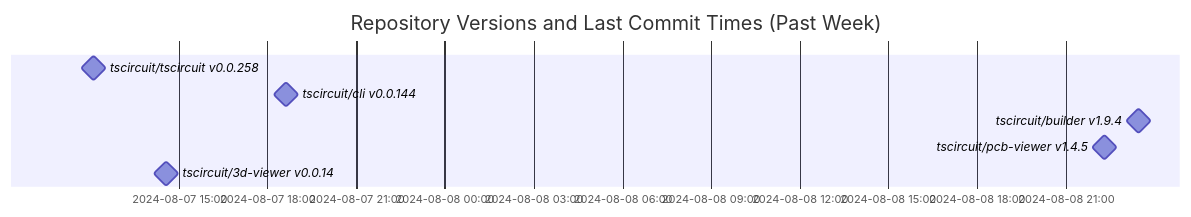
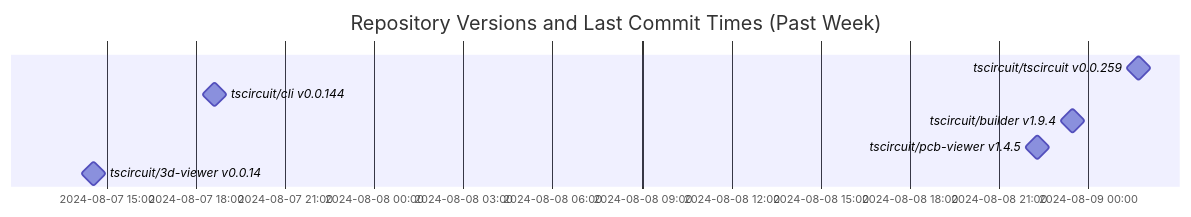
Before and after one commit to tscircuit/version-tracker: the diagram in README.md, drawn with Mermaid.

Commit message:
Update chart

````diff
--- a/README.md
+++ b/README.md
@@ -1,12 +1,12 @@
 ```mermaid
 gantt
   dateFormat  YYYY-MM-DD HH:mm:ss
   title Repository Versions and Last Commit Times (Past Week)
   axisFormat %Y-%m-%d %H:%M
 
-  tscircuit/tscircuit v0.0.258 : milestone, 2024-08-07 12:06:34, 1s
+  tscircuit/tscircuit v0.0.259 : milestone, 2024-08-09 01:41:20, 1s
   tscircuit/cli v0.0.144 : milestone, 2024-08-07 18:37:38, 1s
   tscircuit/builder v1.9.4 : milestone, 2024-08-08 23:28:15, 1s
   tscircuit/pcb-viewer v1.4.5 : milestone, 2024-08-08 22:18:20, 1s
   tscircuit/3d-viewer v0.0.14 : milestone, 2024-08-07 14:34:01, 1s
 ```
````
